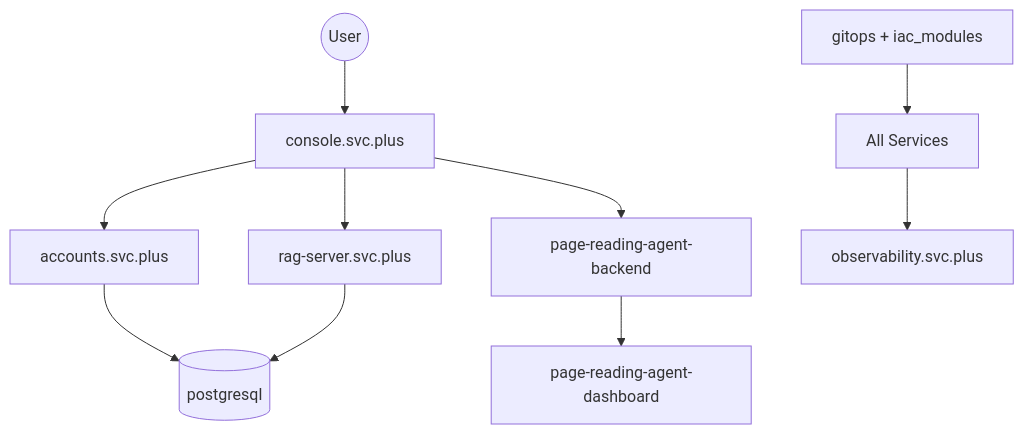
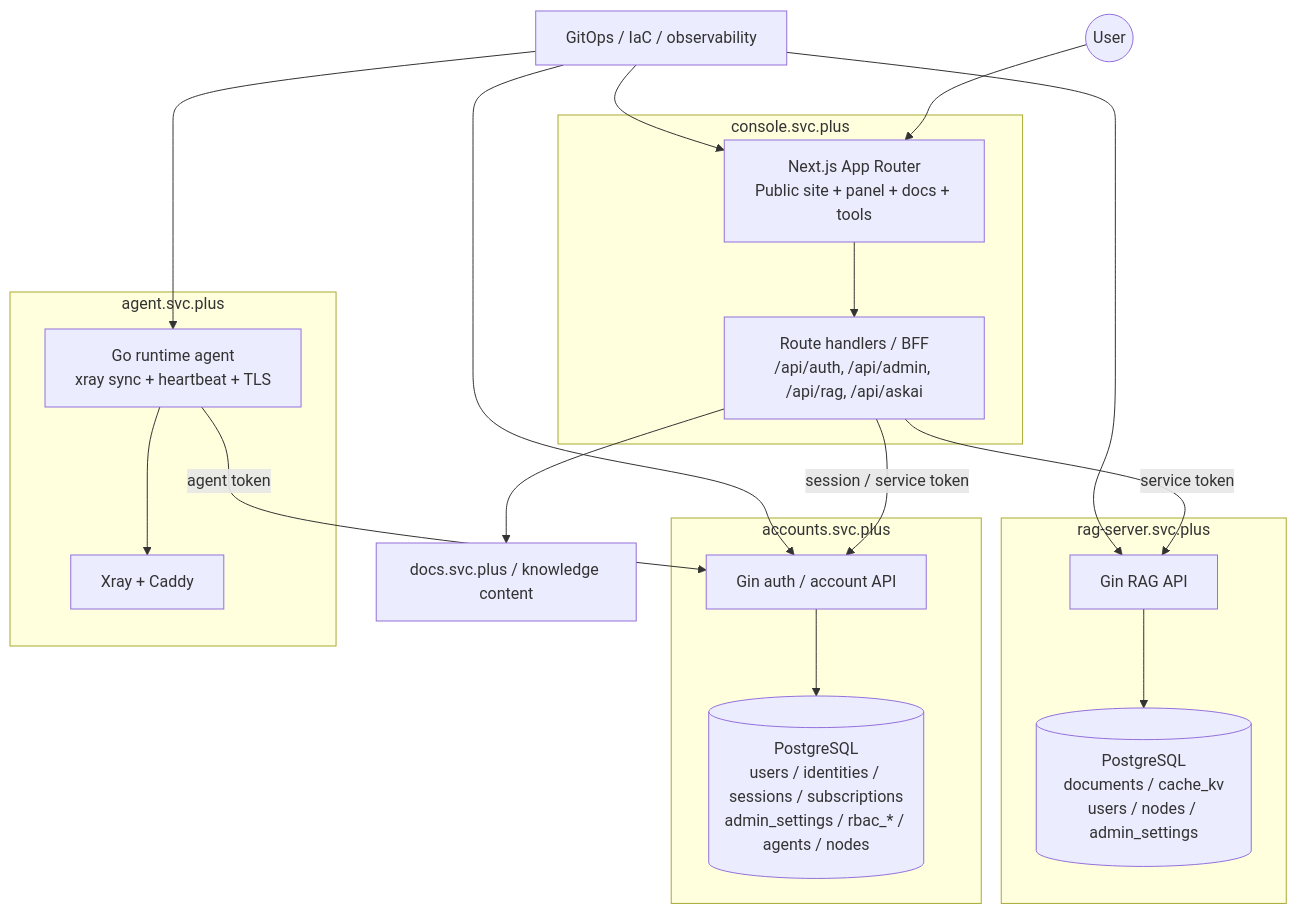
One commit to x-evor/.github changed the diagram in docs/architecture/project-overview.md. Above: the diagram before and after it, drawn with Mermaid. The commit also changed other lines of this file, not shown here.

````diff
--- a/docs/architecture/project-overview.md
+++ b/docs/architecture/project-overview.md
@@ -28,12 +13,41 @@
 ```mermaid
-graph TD
-    User((User)) --> Console["console.svc.plus"]
-    Console --> Accounts["accounts.svc.plus"]
-    Console --> Rag["rag-server.svc.plus"]
-    Console --> PraB["page-reading-agent-backend"]
-    PraB --> PraD["page-reading-agent-dashboard"]
-    Accounts --> DB[("postgresql")]
-    Rag --> DB
-    All["All Services"] --> Obs["observability.svc.plus"]
-    GitOps["gitops + iac_modules"] --> All
+flowchart TB
+  User((User))
+
+  subgraph Console["console.svc.plus"]
+    ConsoleWeb["Next.js App Router\nPublic site + panel + docs + tools"]
+    ConsoleBFF["Route handlers / BFF\n/api/auth, /api/admin, /api/rag, /api/askai"]
+  end
+
+  subgraph Accounts["accounts.svc.plus"]
+    AccountsAPI["Gin auth / account API"]
+    AccountsDB[("PostgreSQL\nusers / identities / sessions / subscriptions\nadmin_settings / rbac_* / agents / nodes")]
+  end
+
+  subgraph Rag["rag-server.svc.plus"]
+    RagAPI["Gin RAG API"]
+    RagDB[("PostgreSQL\ndocuments / cache_kv\nusers / nodes / admin_settings")]
+  end
+
+  subgraph Agent["agent.svc.plus"]
+    AgentRuntime["Go runtime agent\nxray sync + heartbeat + TLS"]
+    Edge["Xray + Caddy"]
+  end
+
+  DocsSvc["docs.svc.plus / knowledge content"]
+  Infra["GitOps / IaC / observability"]
+
+  User --> ConsoleWeb
+  ConsoleWeb --> ConsoleBFF
+  ConsoleBFF -->|session / service token| AccountsAPI
+  ConsoleBFF -->|service token| RagAPI
+  ConsoleBFF --> DocsSvc
+  AccountsAPI --> AccountsDB
+  RagAPI --> RagDB
+  AgentRuntime -->|agent token| AccountsAPI
+  AgentRuntime --> Edge
+  Infra --> ConsoleWeb
+  Infra --> AccountsAPI
+  Infra --> RagAPI
+  Infra --> AgentRuntime
 ```
````
